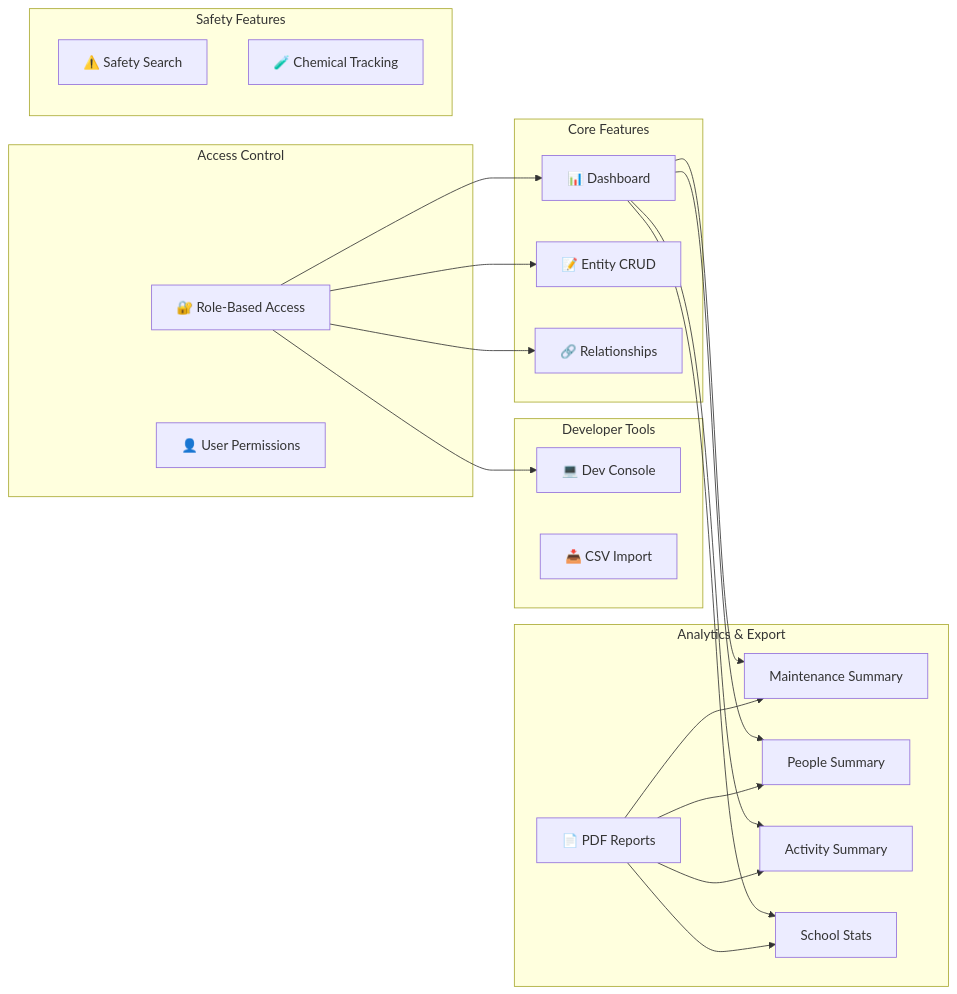
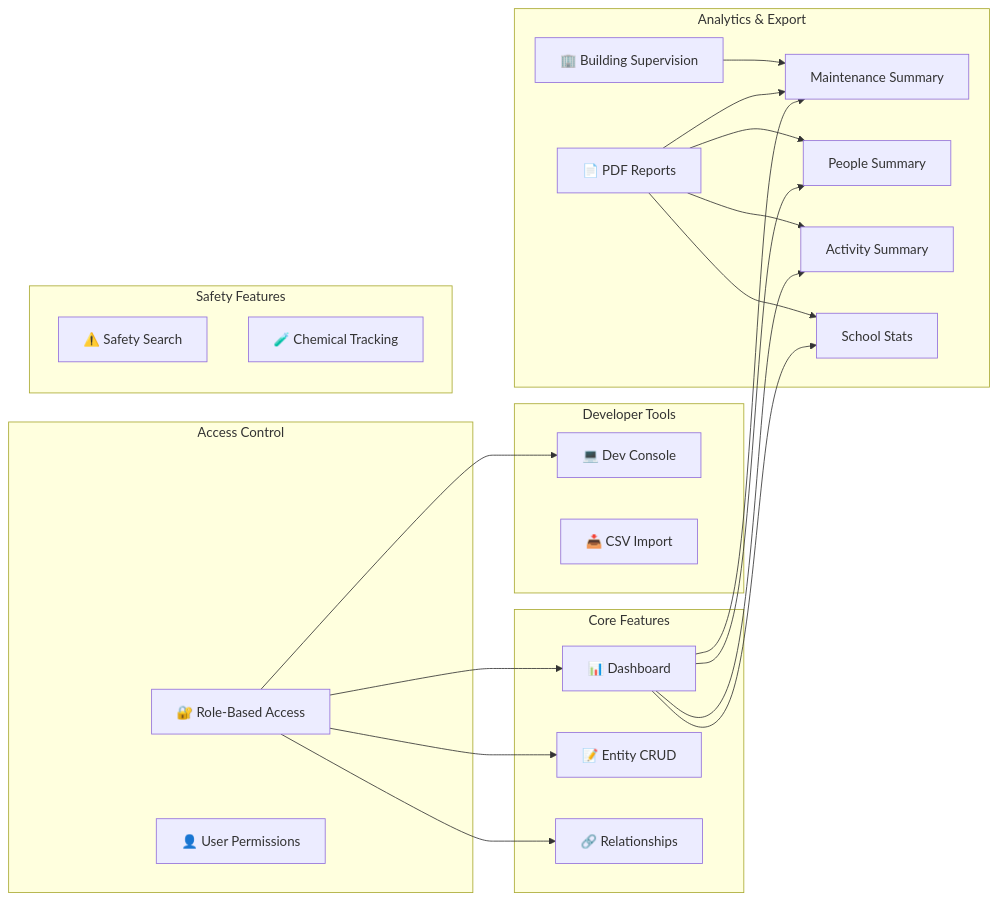
One commit to HaochenFa/COMP2411_DBMS_CMMS_GroupProject changed the tenth of 14 diagrams in PROJECT_REPORT.md. Above: the diagram before and after it, drawn with Mermaid. The commit also changed other lines of this file, not shown here.

````diff
--- a/PROJECT_REPORT.md
+++ b/PROJECT_REPORT.md
@@ -601,35 +622,37 @@
 ```mermaid
 flowchart LR
     subgraph Core["Core Features"]
         D[📊 Dashboard]
         CRUD[📝 Entity CRUD]
         REL[🔗 Relationships]
     end
 
     subgraph Access["Access Control"]
         RBAC[🔐 Role-Based Access]
         PERM[👤 User Permissions]
     end
 
     subgraph Safety["Safety Features"]
         SS[⚠️ Safety Search]
         CH[🧪 Chemical Tracking]
     end
 
     subgraph DevTools["Developer Tools"]
         DC[💻 Dev Console]
         IMP[📥 CSV Import]
     end
 
     subgraph Reports["Analytics & Export"]
         MS[Maintenance Summary]
         PS[People Summary]
         AS[Activity Summary]
         SchS[School Stats]
         PDF[📄 PDF Reports]
+        BSR[🏢 Building Supervision]
     end
 
     RBAC --> D & CRUD & REL & DC
     D --> MS & PS & AS & SchS
     PDF --> MS & PS & AS & SchS
+    BSR --> MS
 ```
````
